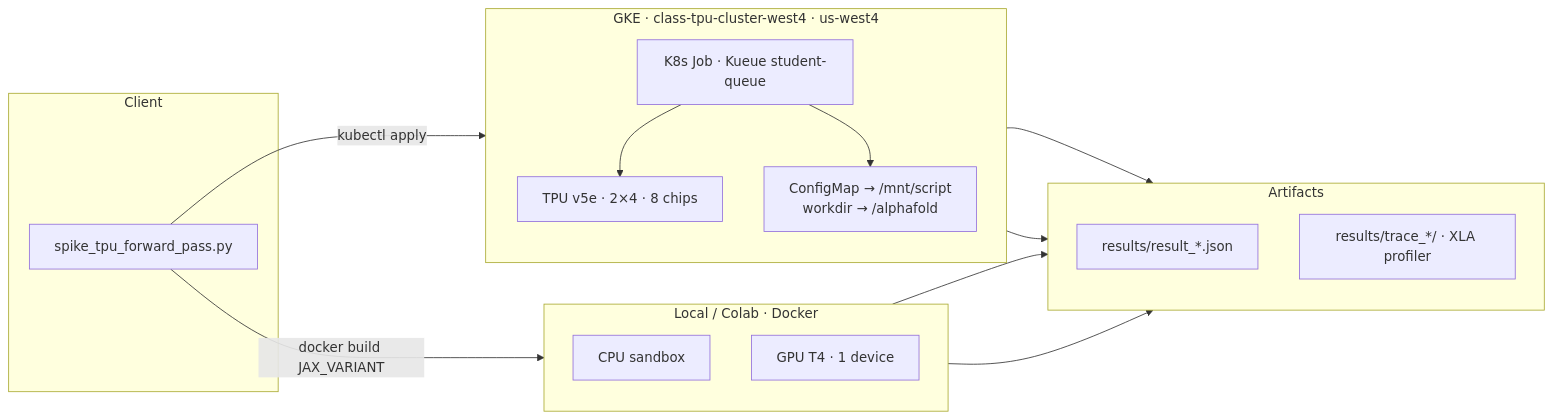
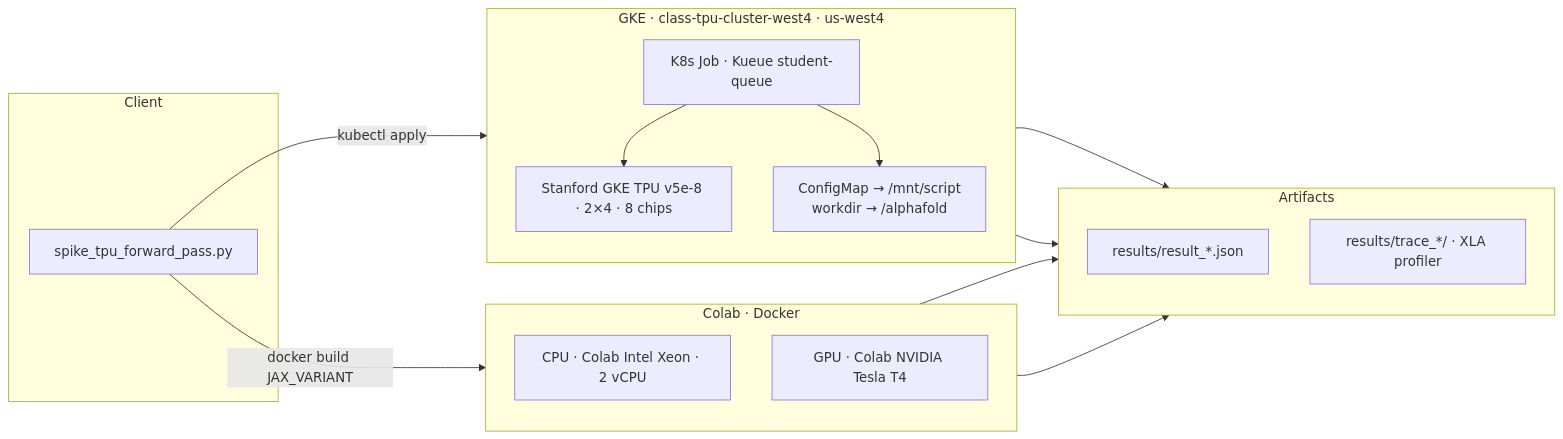
Before and after one commit to lorenzopazienza/alphafold-tpu-benchmark: the first of 2 diagrams in README.md, drawn with Mermaid. The commit also changed other lines of this file and 15 other files, not shown here.

First line of the commit message:
docs: name Xeon, Tesla T4, and v5e-8 in all markdown

````diff
--- a/README.md
+++ b/README.md
@@ -114,34 +114,34 @@
 ```mermaid
 flowchart LR
   subgraph Client["Client"]
     S["spike_tpu_forward_pass.py"]
   end
 
-  subgraph Local["Local / Colab · Docker"]
+  subgraph Local["Colab · Docker"]
     direction TB
-    CPU["CPU sandbox"]
-    GPU["GPU T4 · 1 device"]
+    CPU["CPU · Colab Intel Xeon · 2 vCPU"]
+    GPU["GPU · Colab NVIDIA Tesla T4"]
   end
 
   subgraph GKE["GKE · class-tpu-cluster-west4 · us-west4"]
     direction TB
     JOB["K8s Job · Kueue student-queue"]
-    TPU["TPU v5e · 2×4 · 8 chips"]
+    TPU["Stanford GKE TPU v5e-8 · 2×4 · 8 chips"]
     PATHS["ConfigMap → /mnt/script<br/>workdir → /alphafold"]
     JOB --> TPU
     JOB --> PATHS
   end
 
   subgraph Artifacts["Artifacts"]
     direction TB
     JSON["results/result_*.json"]
     TRACE["results/trace_*/ · XLA profiler"]
   end
 
   S -->|"docker build JAX_VARIANT"| Local
   S -->|"kubectl apply"| JOB
   CPU --> JSON
   GPU --> JSON
   TPU --> JSON
   TPU --> TRACE
 ```
````
